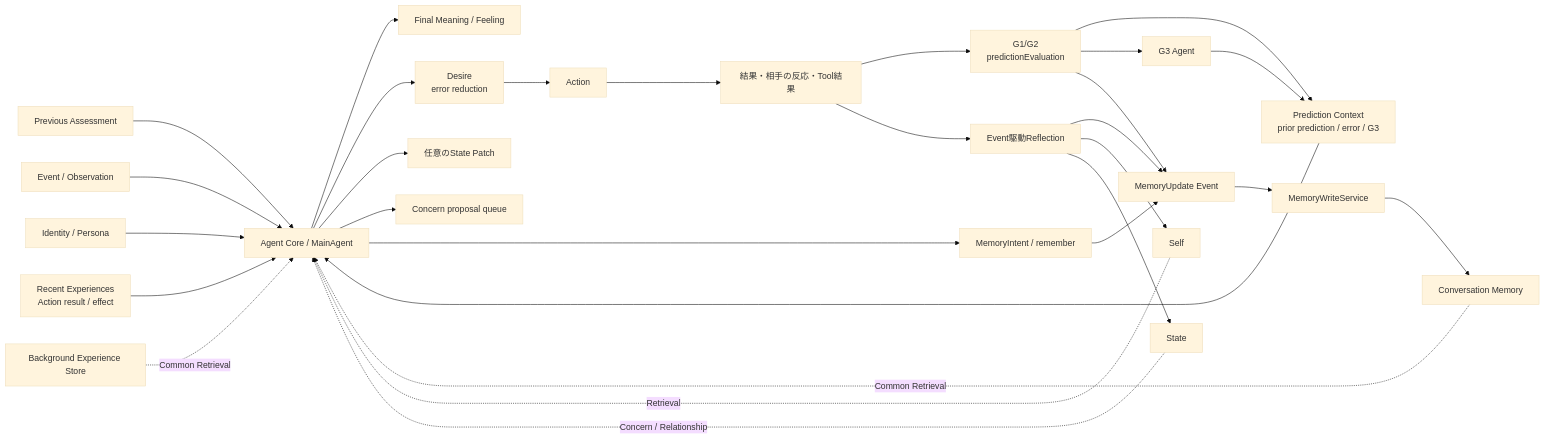
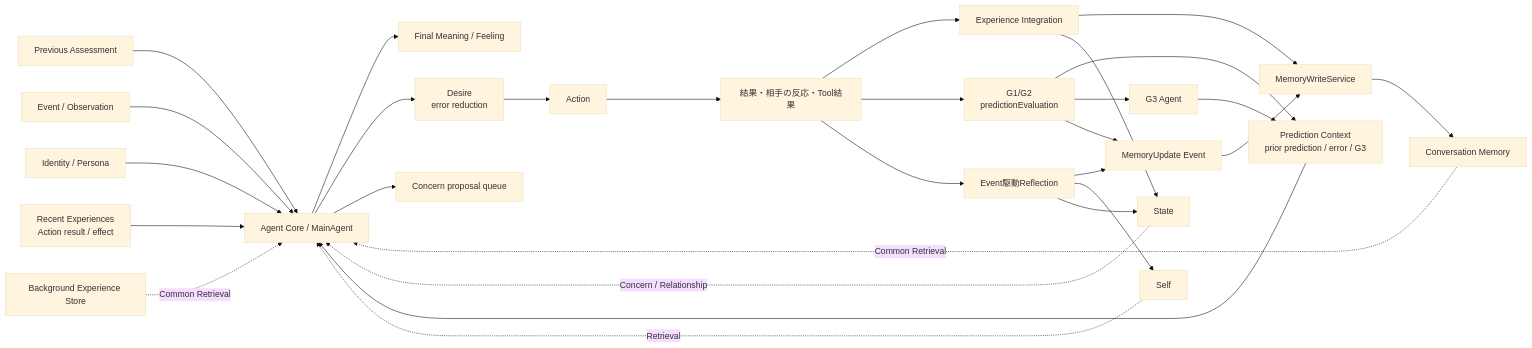
The first of 7 diagrams in docs/AGENT_MOTIVATION_MODEL.md (if001/social_agent), drawn with Mermaid (base theme) before and after one commit. The commit also changed other lines of this file and 31 other files, not shown here.

Commit message:
feat: add experience integration after agent core

````diff
--- a/docs/AGENT_MOTIVATION_MODEL.md
+++ b/docs/AGENT_MOTIVATION_MODEL.md
@@ -11,31 +11,31 @@
 ```mermaid
 flowchart LR
     PA[Previous Assessment] --> C
     E[Event / Observation] --> C
     PC[Prediction Context<br/>prior prediction / error / G3] --> C
     ID[Identity / Persona] --> C
     RX[Recent Experiences<br/>Action result / effect] --> C
     C[Agent Core / MainAgent] --> MF[Final Meaning / Feeling]
     S[Self] -. Retrieval .-> C
     ST[State] -. Concern / Relationship .-> C
     M[Conversation Memory] -. Common Retrieval .-> C
     BG[Background Experience Store] -. Common Retrieval .-> C
     C --> D[Desire<br/>error reduction]
     D --> X[Action]
-    C --> P[任意のState Patch]
     C --> Q[Concern proposal queue]
-    C --> MI[MemoryIntent / remember]
     X --> R[結果・相手の反応・Tool結果]
+    R --> EI[Experience Integration]
+    EI --> MW[MemoryWriteService]
+    EI --> ST
     R --> PE[G1/G2<br/>predictionEvaluation]
     PE --> PC
     PE --> G3[G3 Agent]
     G3 --> PC
     PE --> MU[MemoryUpdate Event]
-    MI --> MU
     MU --> MW[MemoryWriteService]
     MW --> M
     R --> RF[Event駆動Reflection]
     RF --> MU
     RF --> S
     RF --> ST
 ```
````
